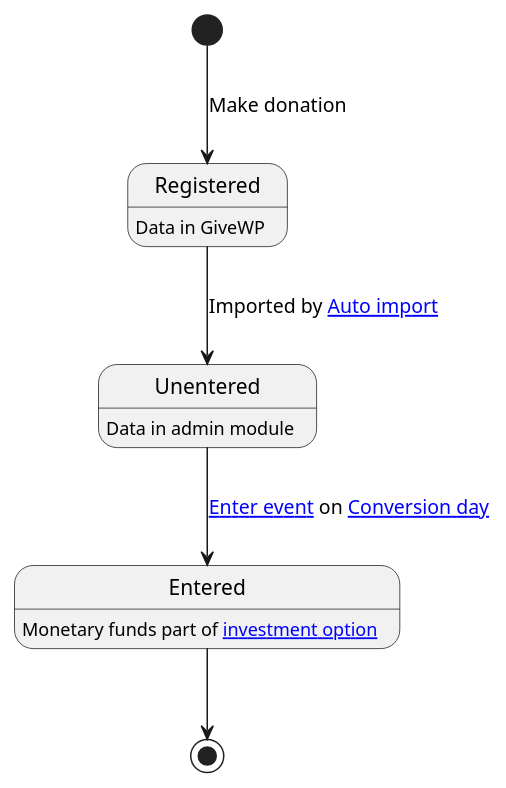
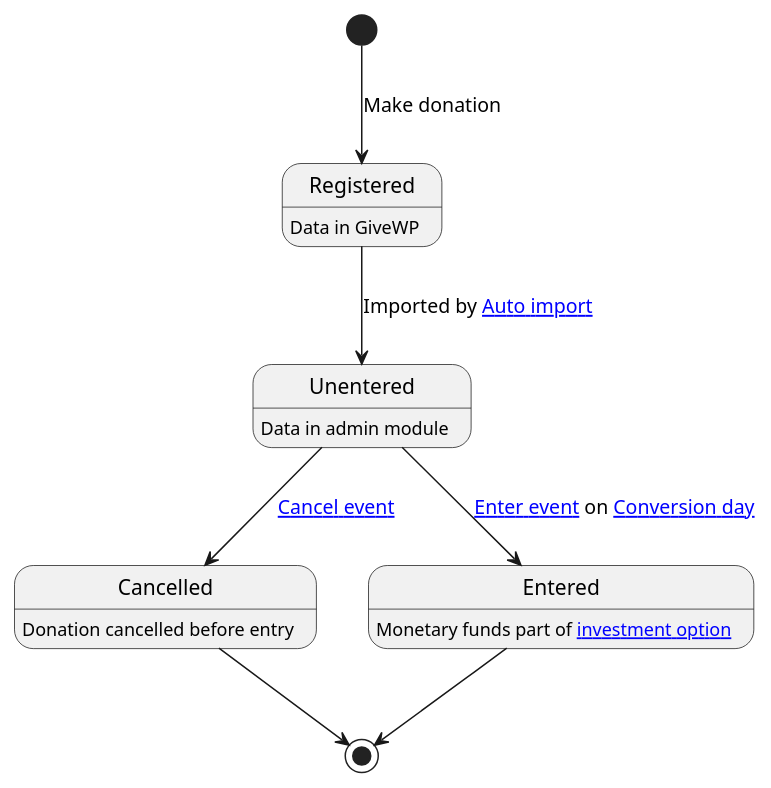
Before and after one commit to joost-morsink/FF-admin-module: the diagram in wiki/donation.md, drawn with PlantUML. The commit also changed other lines of this file and 24 other files, not shown here.

````diff
--- a/wiki/donation.md
+++ b/wiki/donation.md
@@ -85,9 +101,12 @@
 ```plantuml
 [*] --> Registered : Make donation
-Registered --> Unentered : Imported by [[auto-import Auto import]]
+Registered --> Unentered : Imported by [[auto_import Auto import]]
+Unentered --> Cancelled : [[events/DONA_CANCEL Cancel event]]
 Unentered --> Entered : [[events/CONV_ENTER Enter event]] on [[conversion_day Conversion day]]
+Cancelled --> [*]
 Entered --> [*]
 Registered : Data in GiveWP
 Unentered : Data in admin module
+Cancelled : Donation cancelled before entry
 Entered : Monetary funds part of [[option investment option]]
 ```
````
